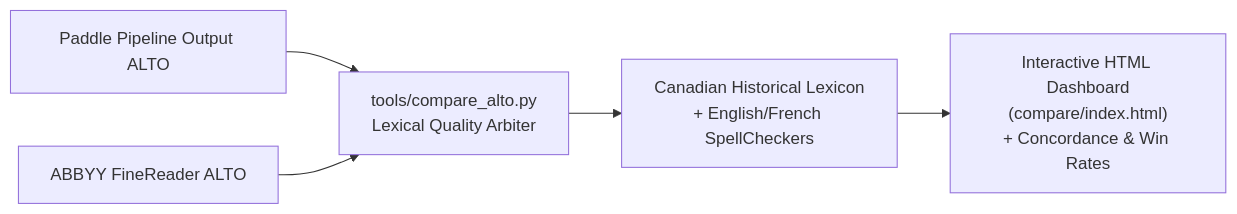
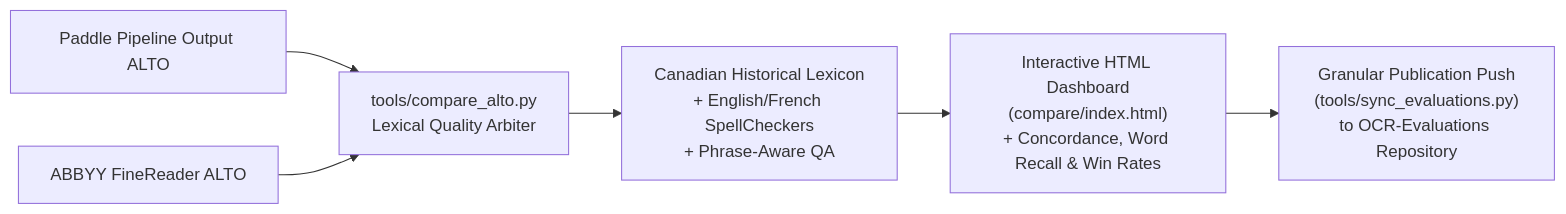
One commit to crkn-rcdr/OCR-Tool changed the third of 3 diagrams in README.md. Above: the diagram before and after it, drawn with Mermaid. The commit also changed other lines of this file and 1 other file, not shown here.

````diff
--- a/README.md
+++ b/README.md
@@ -296,7 +337,8 @@
 ```mermaid
 flowchart LR
     PaddleALTO["Paddle Pipeline Output ALTO"] --> Arbiter["tools/compare_alto.py<br/>Lexical Quality Arbiter"]
     AbbyyALTO["ABBYY FineReader ALTO"] --> Arbiter
-    Arbiter --> Lexicon["Canadian Historical Lexicon<br/>+ English/French SpellCheckers"]
-    Lexicon --> Output["Interactive HTML Dashboard<br/>(compare/index.html)<br/>+ Concordance & Win Rates"]
+    Arbiter --> Lexicon["Canadian Historical Lexicon<br/>+ English/French SpellCheckers<br/>+ Phrase-Aware QA"]
+    Lexicon --> Output["Interactive HTML Dashboard<br/>(compare/index.html)<br/>+ Concordance, Word Recall & Win Rates"]
+    Output --> Sync["Granular Publication Push<br/>(tools/sync_evaluations.py)<br/>to OCR-Evaluations Repository"]
 ```
````
